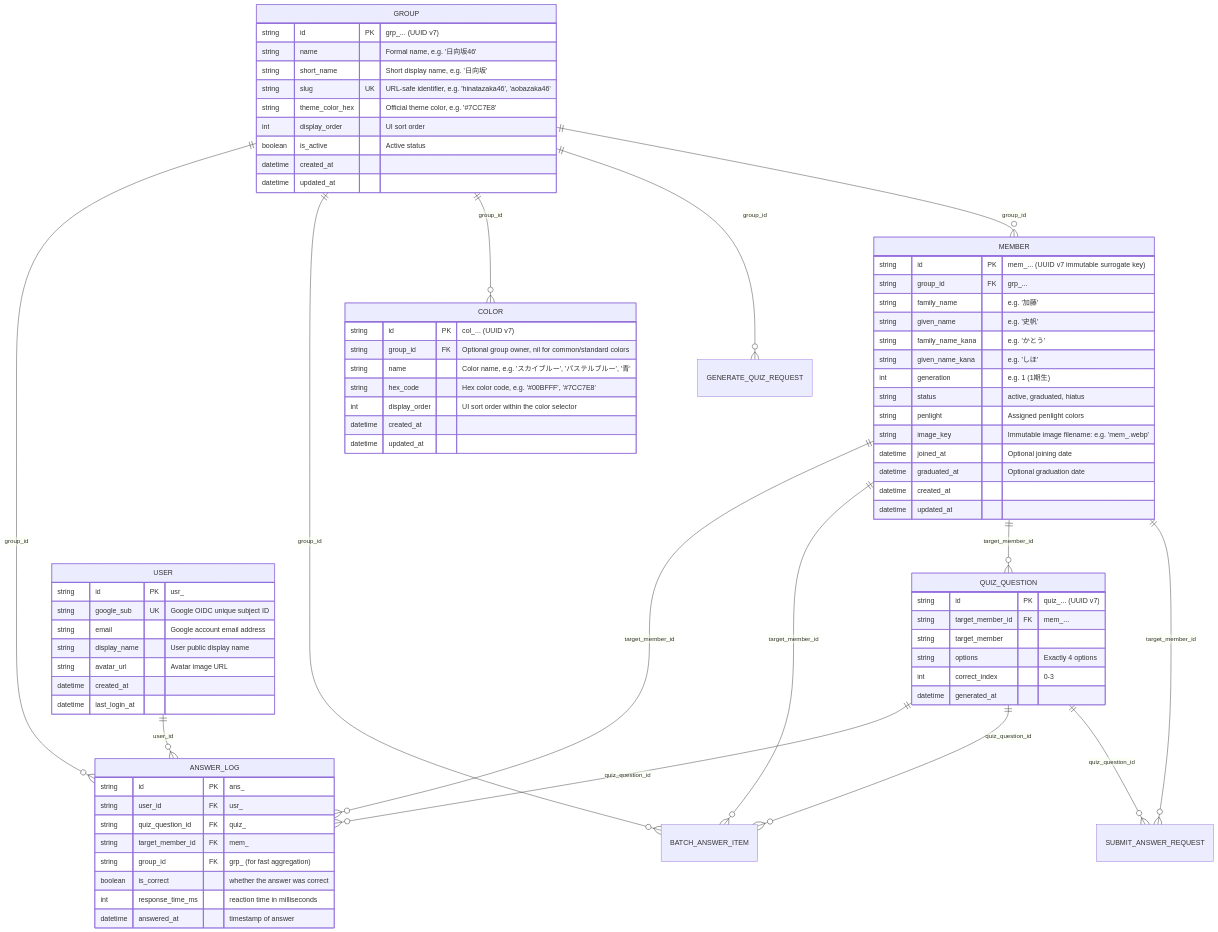
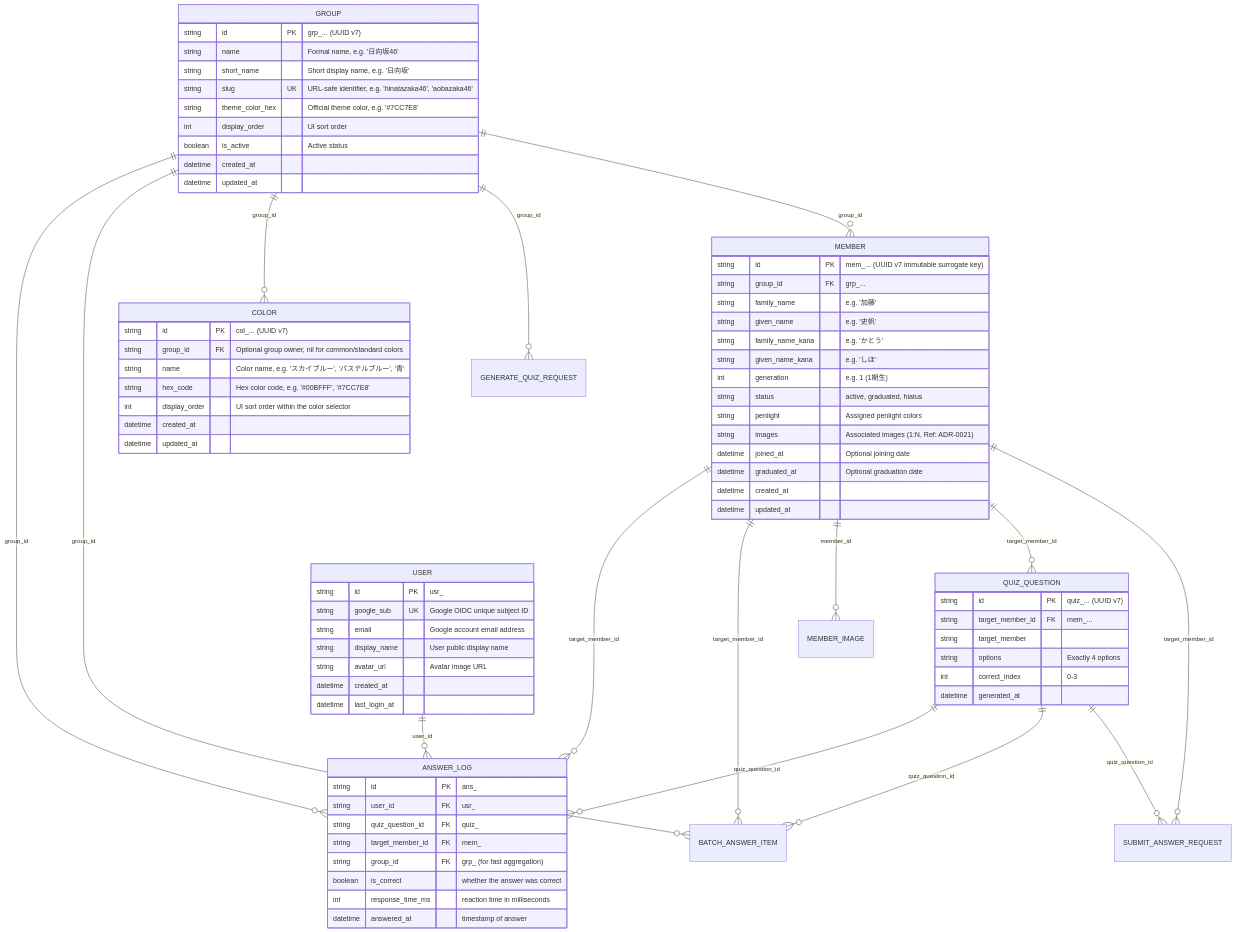
One commit to AobaIwaki123/penlight-v2 changed the diagram in assets/schema/er-diagram.mermaid. Above: the diagram before and after it, drawn with Mermaid. The commit also changed 14 other files, not shown here.

First line of the commit message:
feat: ADR-0021起票、member_imagesとmaster_versionsテーブルの導入、シードの複数画像対応

```diff
--- a/assets/schema/er-diagram.mermaid
+++ b/assets/schema/er-diagram.mermaid
@@ -1,83 +1,84 @@
 erDiagram
     GROUP ||--o{ ANSWER_LOG : "group_id"
     GROUP ||--o{ BATCH_ANSWER_ITEM : "group_id"
     GROUP ||--o{ COLOR : "group_id"
     GROUP ||--o{ GENERATE_QUIZ_REQUEST : "group_id"
     GROUP ||--o{ MEMBER : "group_id"
     MEMBER ||--o{ ANSWER_LOG : "target_member_id"
     MEMBER ||--o{ BATCH_ANSWER_ITEM : "target_member_id"
+    MEMBER ||--o{ MEMBER_IMAGE : "member_id"
     MEMBER ||--o{ QUIZ_QUESTION : "target_member_id"
     MEMBER ||--o{ SUBMIT_ANSWER_REQUEST : "target_member_id"
     QUIZ_QUESTION ||--o{ ANSWER_LOG : "quiz_question_id"
     QUIZ_QUESTION ||--o{ BATCH_ANSWER_ITEM : "quiz_question_id"
     QUIZ_QUESTION ||--o{ SUBMIT_ANSWER_REQUEST : "quiz_question_id"
     USER ||--o{ ANSWER_LOG : "user_id"
 
     GROUP {
         string id PK "grp_... (UUID v7)"
         string name "Formal name, e.g. '日向坂46'"
         string short_name "Short display name, e.g. '日向坂'"
         string slug UK "URL-safe identifier, e.g. 'hinatazaka46', 'aobazaka46'"
         string theme_color_hex "Official theme color, e.g. '#7CC7E8'"
         int display_order "UI sort order"
         boolean is_active "Active status"
         datetime created_at
         datetime updated_at
     }
 
     COLOR {
         string id PK "col_... (UUID v7)"
         string group_id FK "Optional group owner, nil for common/standard colors"
         string name "Color name, e.g. 'スカイブルー', 'パステルブルー', '青'"
         string hex_code "Hex color code, e.g. '#00BFFF', '#7CC7E8'"
         int display_order "UI sort order within the color selector"
         datetime created_at
         datetime updated_at
     }
 
     MEMBER {
         string id PK "mem_... (UUID v7 immutable surrogate key)"
         string group_id FK "grp_..."
         string family_name "e.g. '加藤'"
         string given_name "e.g. '史帆'"
         string family_name_kana "e.g. 'かとう'"
         string given_name_kana "e.g. 'しほ'"
         int generation "e.g. 1 (1期生)"
         string status "active, graduated, hiatus"
         string penlight "Assigned penlight colors"
-        string image_key "Immutable image filename: e.g. 'mem_<uuidv7>.webp'"
+        string images "Associated images (1:N, Ref: ADR-0021)"
         datetime joined_at "Optional joining date"
         datetime graduated_at "Optional graduation date"
         datetime created_at
         datetime updated_at
     }
 
     USER {
         string id PK "usr_<uuidv7>"
         string google_sub UK "Google OIDC unique subject ID"
         string email "Google account email address"
         string display_name "User public display name"
         string avatar_url "Avatar image URL"
         datetime created_at
         datetime last_login_at
     }
 
     ANSWER_LOG {
         string id PK "ans_<uuidv7>"
         string user_id FK "usr_<uuidv7>"
         string quiz_question_id FK "quiz_<uuidv7>"
         string target_member_id FK "mem_<uuidv7>"
         string group_id FK "grp_<uuidv7> (for fast aggregation)"
         boolean is_correct "whether the answer was correct"
         int response_time_ms "reaction time in milliseconds"
         datetime answered_at "timestamp of answer"
     }
 
     QUIZ_QUESTION {
         string id PK "quiz_... (UUID v7)"
         string target_member_id FK "mem_..."
         string target_member
         string options "Exactly 4 options"
         int correct_index "0-3"
         datetime generated_at
     }
```
